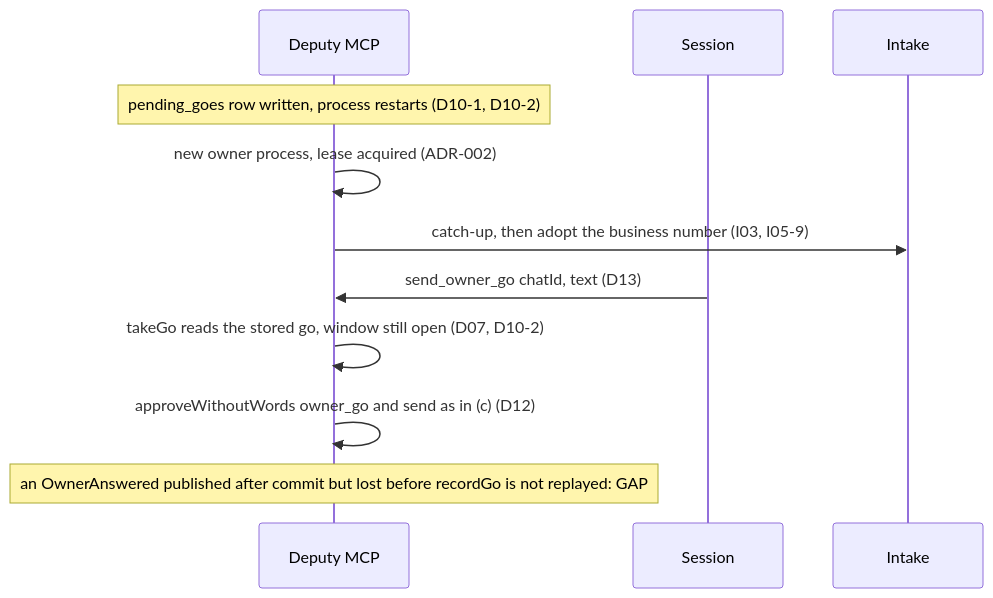
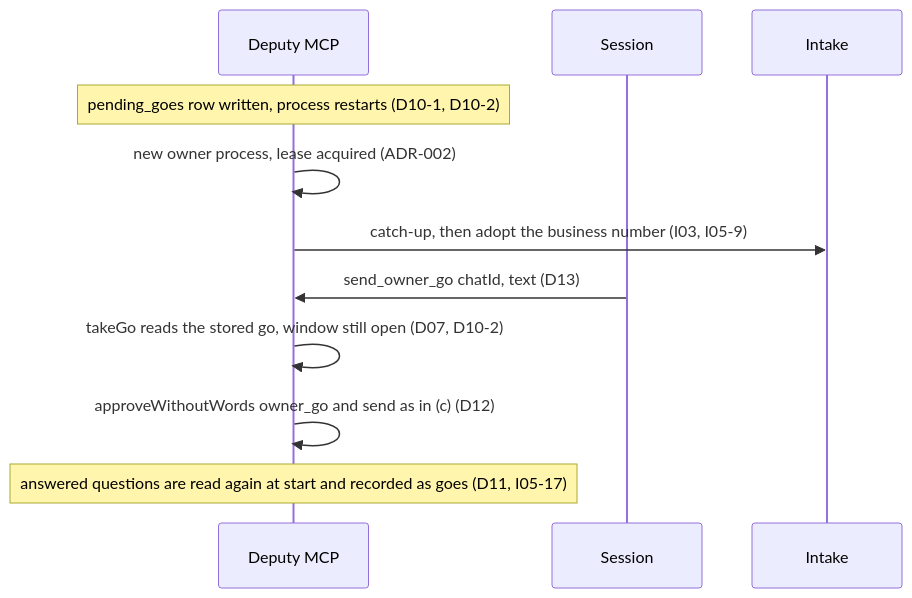
Before and after one commit to antonygiomarxdev/deputy: the ninth of 15 diagrams in docs/tp-detail/TP-pilot-end-to-end.md, drawn with Mermaid. The commit also changed other lines of this file, not shown here.

Commit message:
docs: drop the GAP marks that merged specs closed

````diff
--- a/docs/tp-detail/TP-pilot-end-to-end.md
+++ b/docs/tp-detail/TP-pilot-end-to-end.md
@@ -224,13 +224,13 @@
 ```mermaid
 sequenceDiagram
   participant M as Deputy MCP
   participant S as Session
   participant I as Intake
   Note over M: pending_goes row written, process restarts (D10-1, D10-2)
   M->>M: new owner process, lease acquired (ADR-002)
   M->>I: catch-up, then adopt the business number (I03, I05-9)
   S->>M: send_owner_go chatId, text (D13)
   M->>M: takeGo reads the stored go, window still open (D07, D10-2)
   M->>M: approveWithoutWords owner_go and send as in (c) (D12)
-  Note over M: an OwnerAnswered published after commit but lost before recordGo is not replayed: GAP
+  Note over M: answered questions are read again at start and recorded as goes (D11, I05-17)
 ```
````
